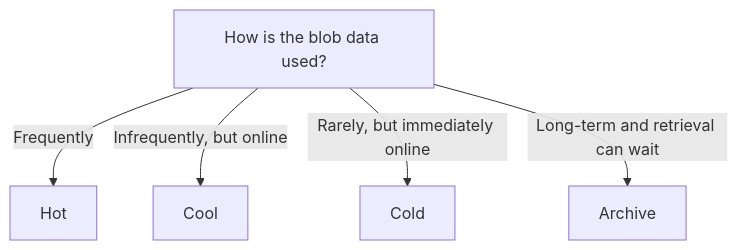
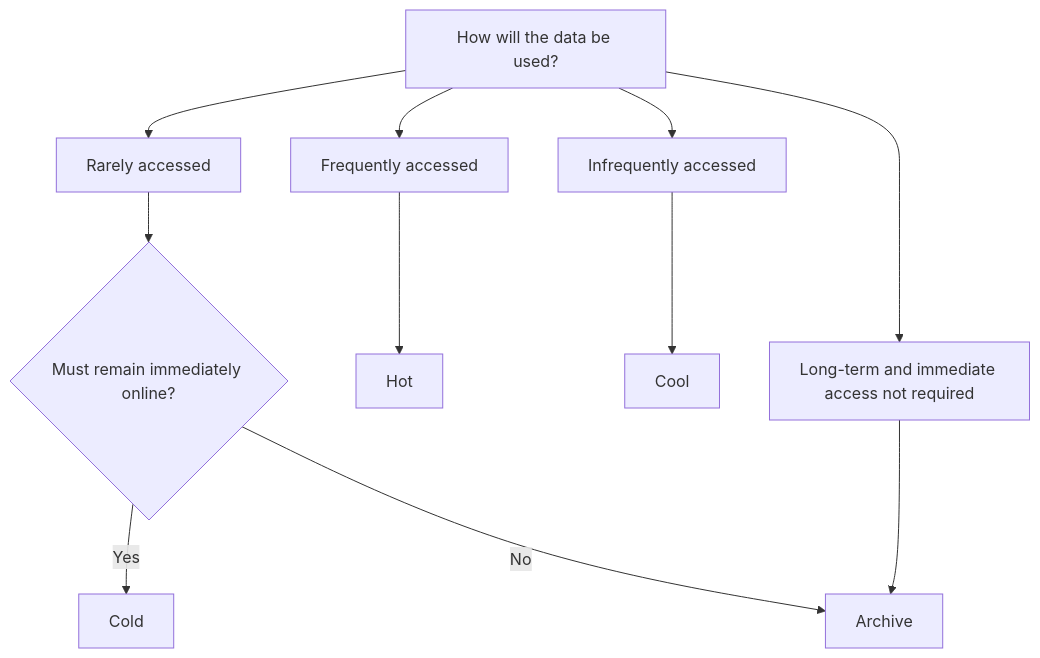
Before and after one commit to zhyordanova/azure-fundamentals-handbook: the diagram in docs/05-storage/4-blob-access-tiers.md, drawn with Mermaid. The commit also changed other lines of this file and 1 other file, not shown here.

````diff
--- a/docs/05-storage/4-blob-access-tiers.md
+++ b/docs/05-storage/4-blob-access-tiers.md
@@ -42,8 +46,20 @@
 ```mermaid
 flowchart TD
-    A["How is the blob data used?"]
-    A -->|Frequently| HOT["Hot"]
-    A -->|Infrequently, but online| COOL["Cool"]
-    A -->|Rarely, but immediately online| COLD["Cold"]
-    A -->|Long-term and retrieval can wait| ARCH["Archive"]
+
+    A["How will the data be used?"]
+
+    A --> B["Frequently accessed"]
+    A --> C["Infrequently accessed"]
+    A --> D["Rarely accessed"]
+    A --> E["Long-term and immediate access not required"]
+
+    B --> HOT["Hot"]
+
+    C --> COOL["Cool"]
+
+    D --> F{"Must remain immediately online?"}
+    F -->|Yes| COLD["Cold"]
+    F -->|No| ARCHIVE["Archive"]
+
+    E --> ARCHIVE
 ```
````
